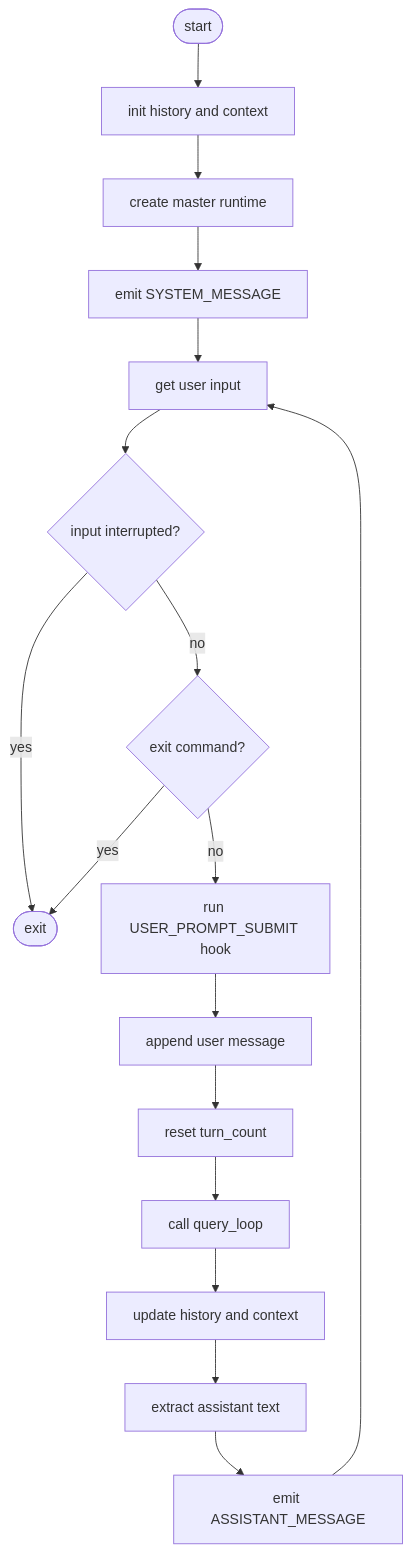
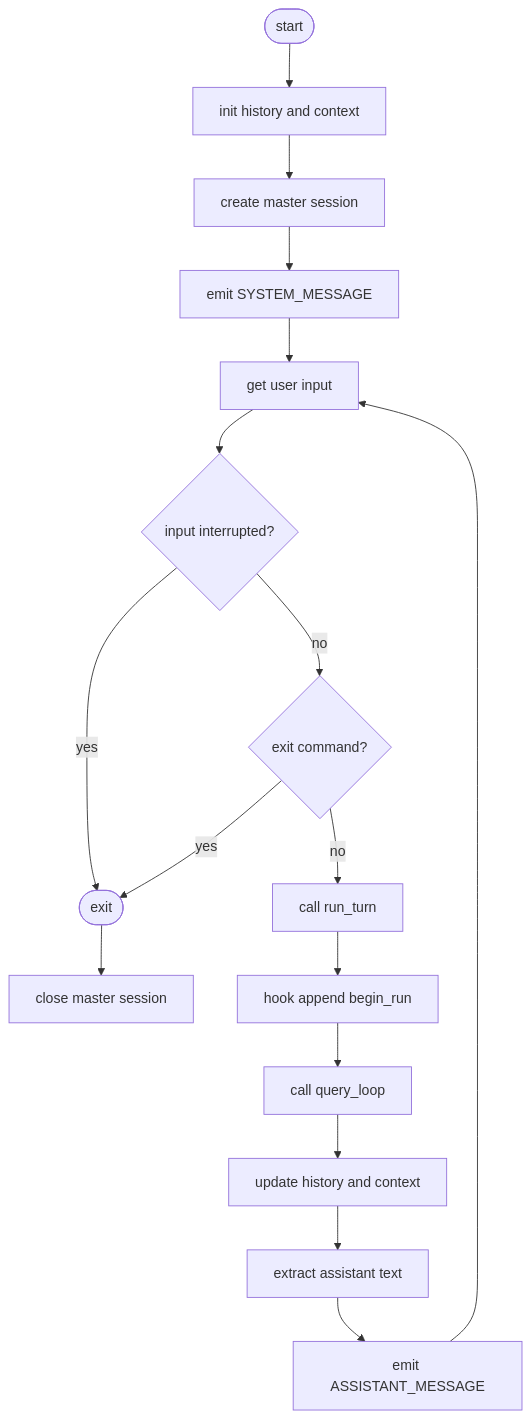
One commit to shiphex/lite_harness changed the diagram in doc/architecture/agent.md. Above: the diagram before and after it, drawn with Mermaid. The commit also changed other lines of this file and 6 other files, not shown here.

````diff
--- a/doc/architecture/agent.md
+++ b/doc/architecture/agent.md
@@ -139,19 +145,19 @@
 ```mermaid
 flowchart TD
     A([start]) --> B[init history and context]
-    B --> C[create master runtime]
+    B --> C[create master session]
     C --> D[emit SYSTEM_MESSAGE]
     D --> E[get user input]
     E --> F{input interrupted?}
     F -->|yes| Z([exit])
     F -->|no| G{exit command?}
     G -->|yes| Z
-    G -->|no| H[run USER_PROMPT_SUBMIT hook]
-    H --> I[append user message]
-    I --> J[reset turn_count]
-    J --> K[call query_loop]
+    G -->|no| H[call run_turn]
+    H --> I[hook append begin_run]
+    I --> K[call query_loop]
     K --> L[update history and context]
     L --> M[extract assistant text]
     M --> N[emit ASSISTANT_MESSAGE]
     N --> E
+    Z --> O[close master session]
 ```
````
